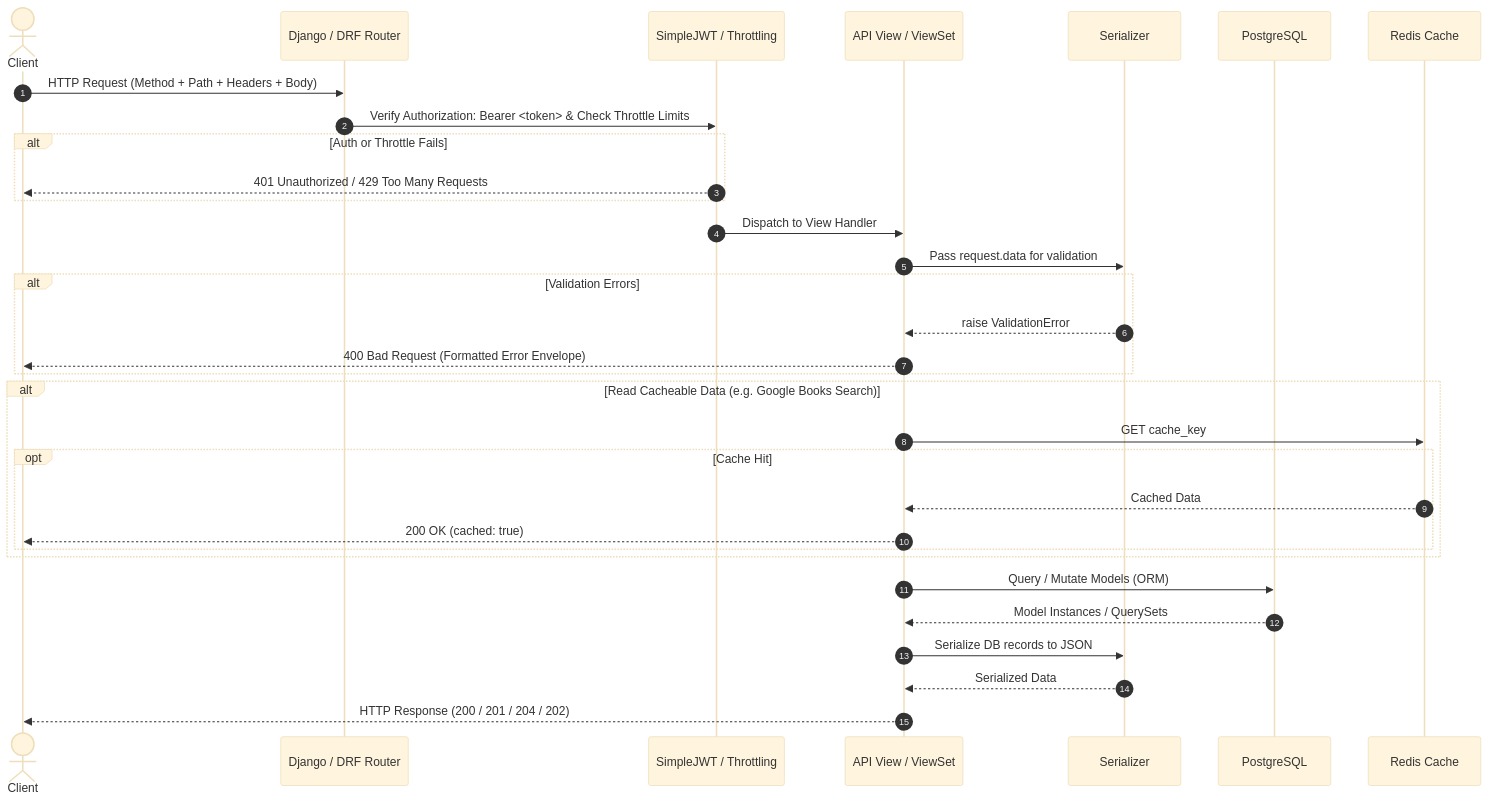
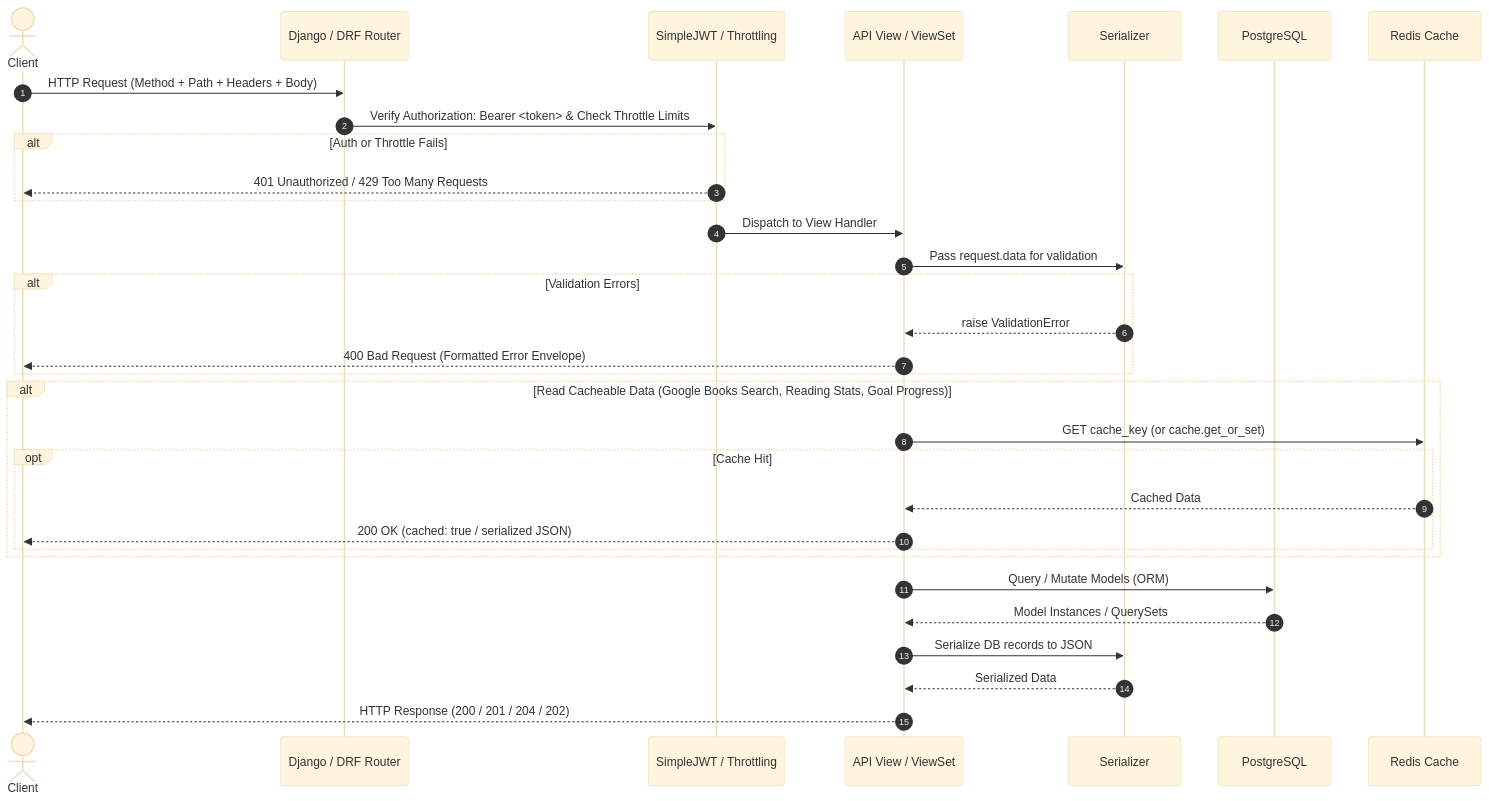
One commit to 10Sumedh01/cozy-reads-api changed the second of 5 diagrams in README.md. Above: the diagram before and after it, drawn with Mermaid (base theme). The commit also changed other lines of this file, not shown here.

First line of the commit message:
Enhance caching architecture and invalidation strategy in README

````diff
--- a/README.md
+++ b/README.md
@@ -118,35 +121,35 @@
 ```mermaid
 sequenceDiagram
     autonumber
     actor Client
     participant DRF as Django / DRF Router
     participant Auth as SimpleJWT / Throttling
     participant View as API View / ViewSet
     participant Ser as Serializer
     participant DB as PostgreSQL
     participant Cache as Redis Cache
 
     Client->>DRF: HTTP Request (Method + Path + Headers + Body)
     DRF->>Auth: Verify Authorization: Bearer <token> & Check Throttle Limits
     alt Auth or Throttle Fails
         Auth-->>Client: 401 Unauthorized / 429 Too Many Requests
     end
     Auth->>View: Dispatch to View Handler
     View->>Ser: Pass request.data for validation
     alt Validation Errors
         Ser-->>View: raise ValidationError
         View-->>Client: 400 Bad Request (Formatted Error Envelope)
     end
-    alt Read Cacheable Data (e.g. Google Books Search)
-        View->>Cache: GET cache_key
+    alt Read Cacheable Data (Google Books Search, Reading Stats, Goal Progress)
+        View->>Cache: GET cache_key (or cache.get_or_set)
         opt Cache Hit
             Cache-->>View: Cached Data
-            View-->>Client: 200 OK (cached: true)
+            View-->>Client: 200 OK (cached: true / serialized JSON)
         end
     end
     View->>DB: Query / Mutate Models (ORM)
     DB-->>View: Model Instances / QuerySets
     View->>Ser: Serialize DB records to JSON
     Ser-->>View: Serialized Data
     View-->>Client: HTTP Response (200 / 201 / 204 / 202)
 ```
````
